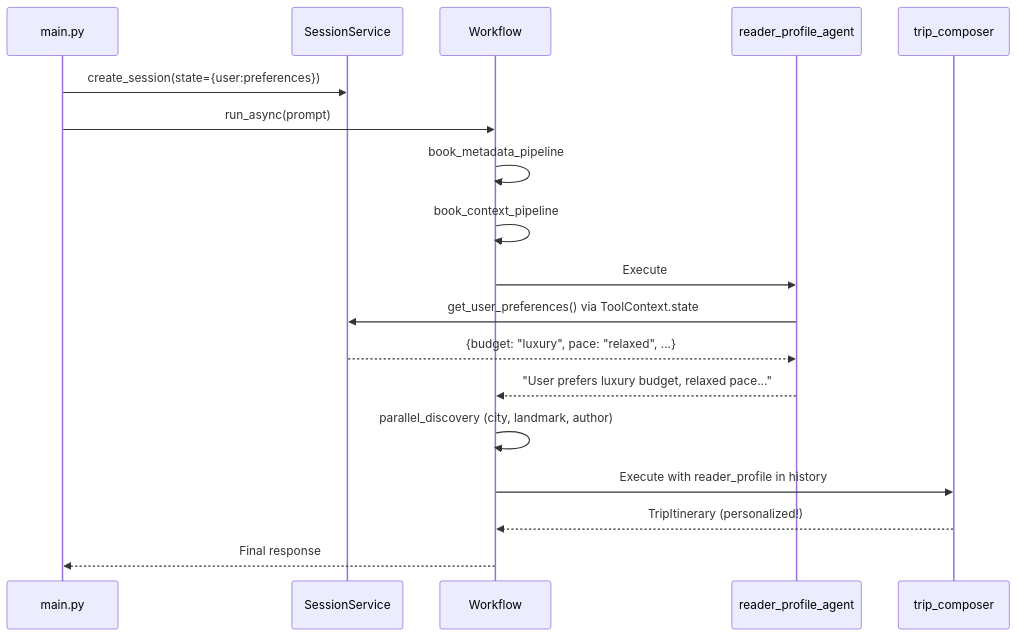
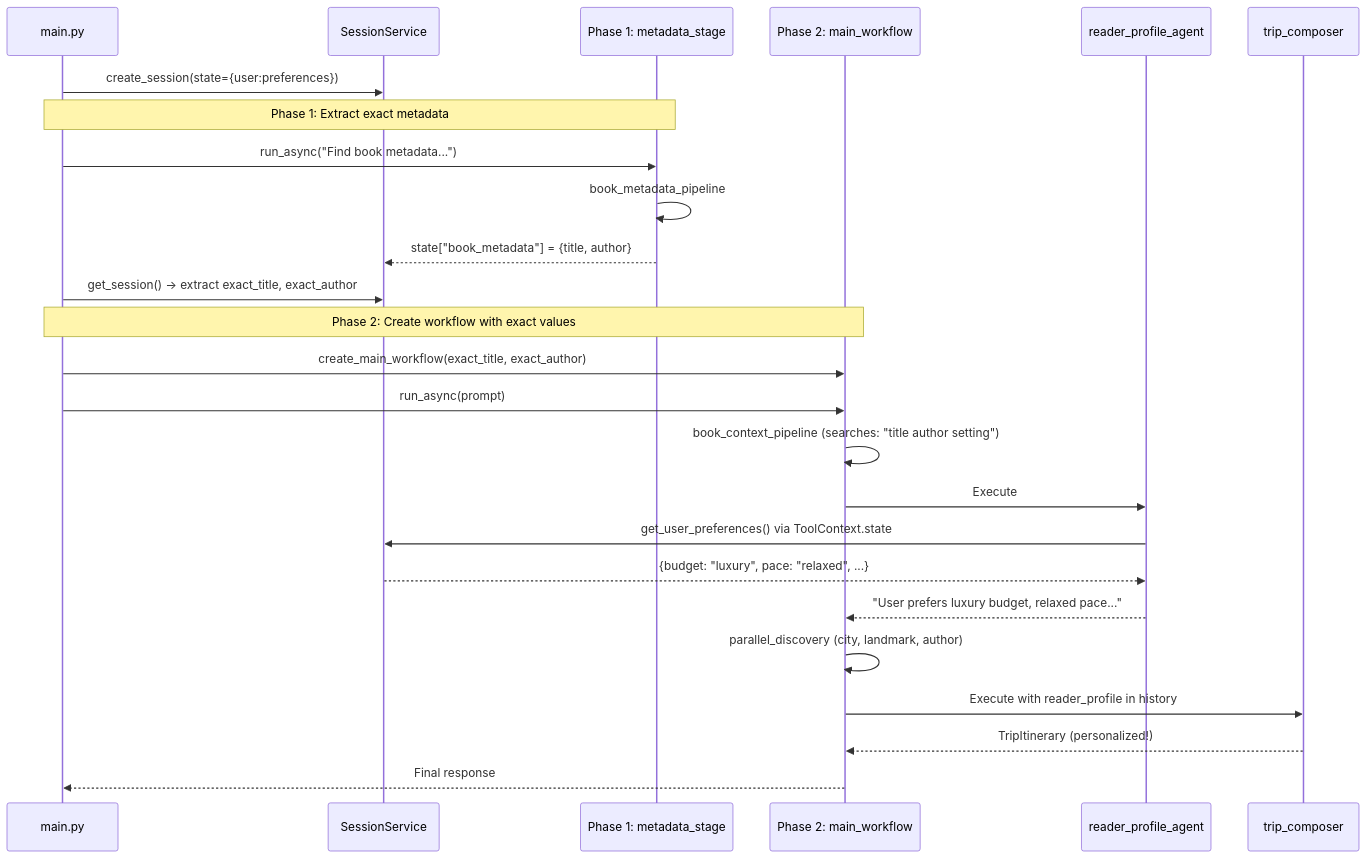
Before and after one commit to o-ostrovskiy/storyland-ai: the third of 3 diagrams in README.md, drawn with Mermaid. The commit also changed other lines of this file and 9 other files, not shown here.

Commit message:
add two stage discovery to find out exact book, makefile with common commands, prompt improvements

````diff
--- a/README.md
+++ b/README.md
@@ -388,26 +408,34 @@
 ```mermaid
 sequenceDiagram
     participant CLI as main.py
     participant SS as SessionService
-    participant WF as Workflow
+    participant P1 as Phase 1: metadata_stage
+    participant P2 as Phase 2: main_workflow
     participant RP as reader_profile_agent
     participant TC as trip_composer
 
     CLI->>SS: create_session(state={user:preferences})
-    CLI->>WF: run_async(prompt)
 
-    WF->>WF: book_metadata_pipeline
-    WF->>WF: book_context_pipeline
+    Note over CLI,P1: Phase 1: Extract exact metadata
+    CLI->>P1: run_async("Find book metadata...")
+    P1->>P1: book_metadata_pipeline
+    P1-->>SS: state["book_metadata"] = {title, author}
+    CLI->>SS: get_session() → extract exact_title, exact_author
 
-    WF->>RP: Execute
+    Note over CLI,P2: Phase 2: Create workflow with exact values
+    CLI->>P2: create_main_workflow(exact_title, exact_author)
+    CLI->>P2: run_async(prompt)
+
+    P2->>P2: book_context_pipeline (searches: "title author setting")
+    P2->>RP: Execute
     RP->>SS: get_user_preferences() via ToolContext.state
     SS-->>RP: {budget: "luxury", pace: "relaxed", ...}
-    RP-->>WF: "User prefers luxury budget, relaxed pace..."
+    RP-->>P2: "User prefers luxury budget, relaxed pace..."
 
-    WF->>WF: parallel_discovery (city, landmark, author)
+    P2->>P2: parallel_discovery (city, landmark, author)
 
-    WF->>TC: Execute with reader_profile in history
-    TC-->>WF: TripItinerary (personalized!)
+    P2->>TC: Execute with reader_profile in history
+    TC-->>P2: TripItinerary (personalized!)
 
-    WF-->>CLI: Final response
+    P2-->>CLI: Final response
 ```
````
